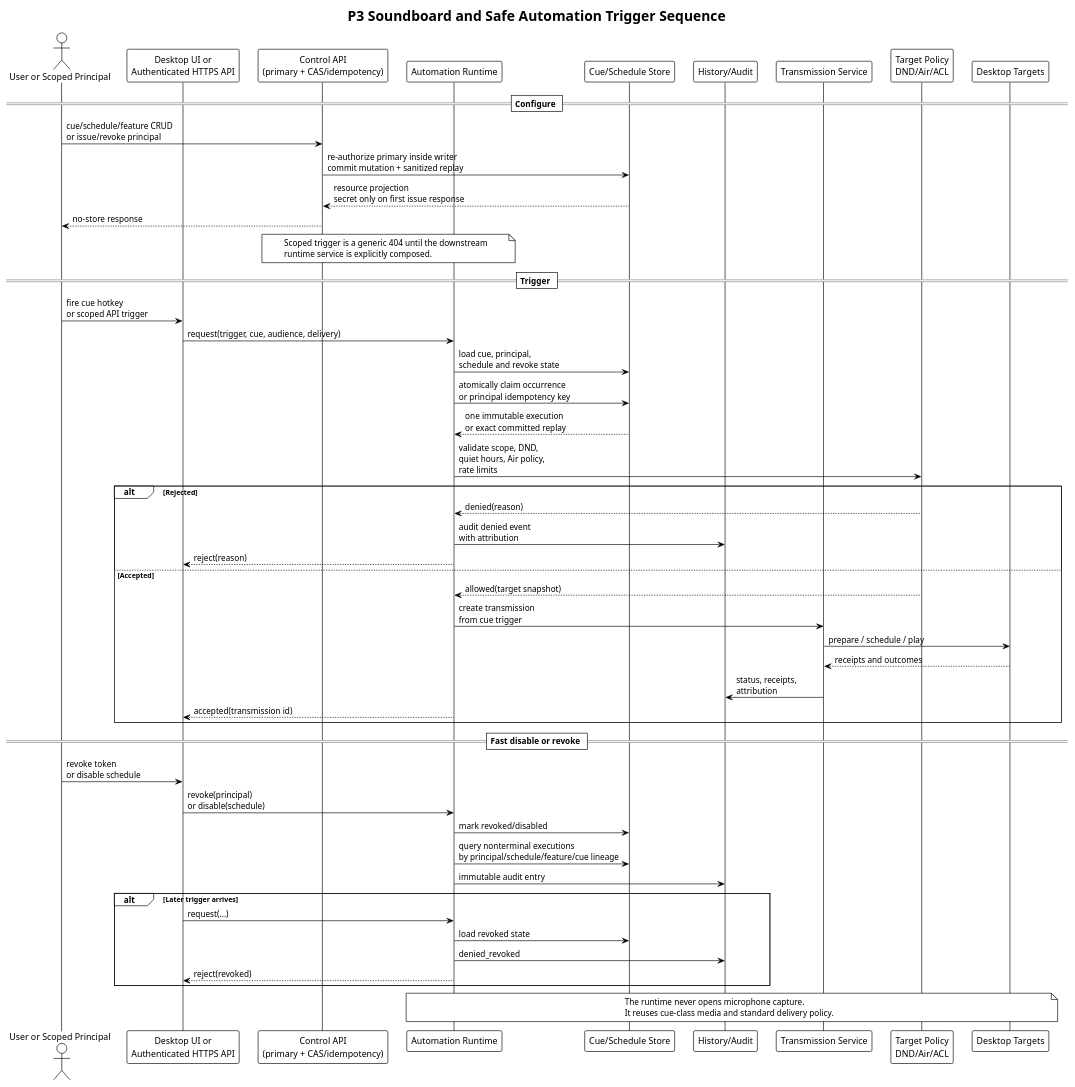
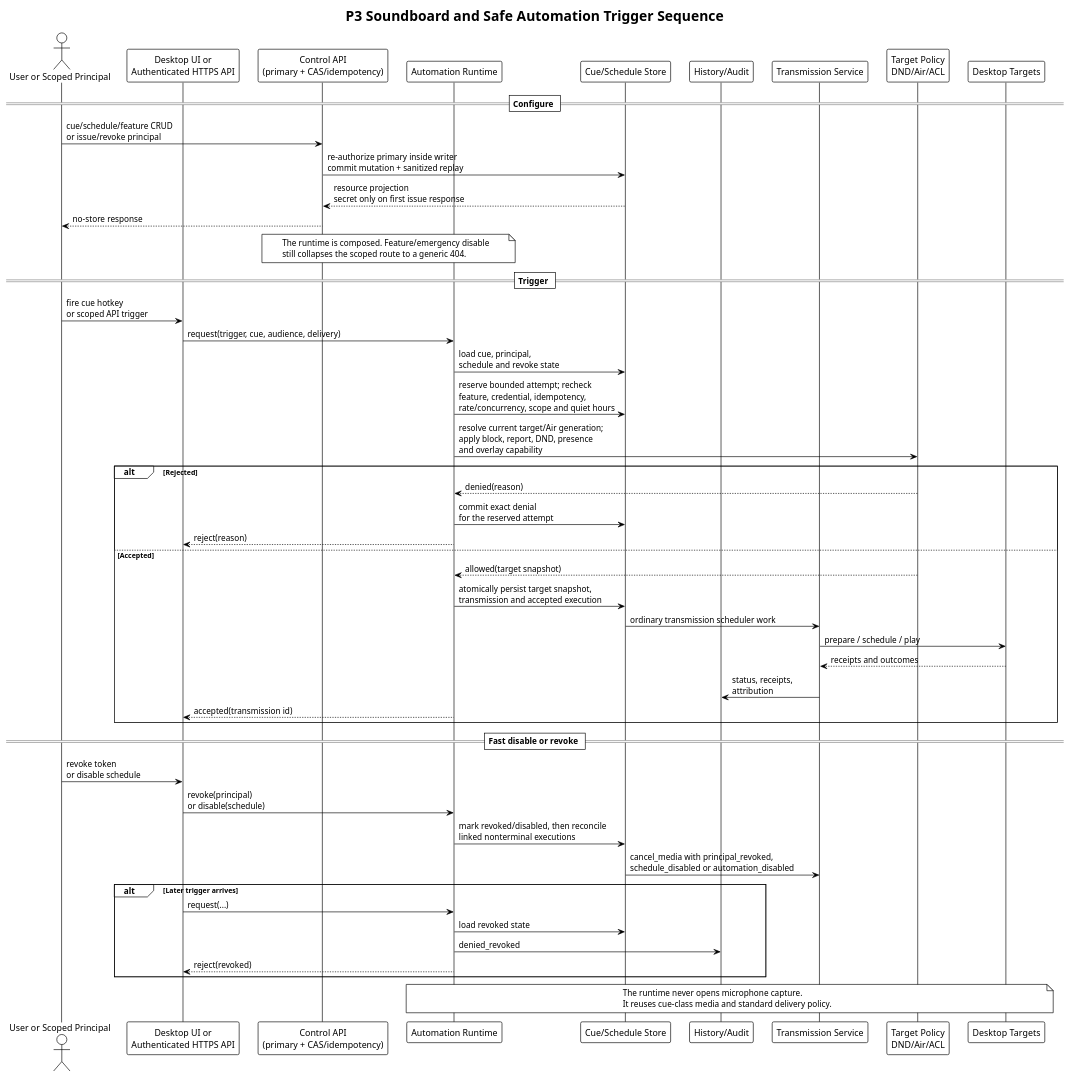
One commit to relux-works/barycenter changed the diagram in docs/diagrams/p3-soundboard-automation-sequence.puml. Above: the diagram before and after it, drawn with PlantUML. The commit also changed 17 other files, not shown here.

Commit message:
feat(automation): add safe bounded runtime

```diff
--- a/docs/diagrams/p3-soundboard-automation-sequence.puml
+++ b/docs/diagrams/p3-soundboard-automation-sequence.puml
@@ -1,67 +1,66 @@
 @startuml
 !theme plain
 
 title P3 Soundboard and Safe Automation Trigger Sequence
 
 actor "User or Scoped Principal" as Actor
 participant "Desktop UI or\nAuthenticated HTTPS API" as Surface
 participant "Control API\n(primary + CAS/idempotency)" as Control
 participant "Automation Runtime" as Runtime
 participant "Cue/Schedule Store" as Store
 participant "History/Audit" as History
 participant "Transmission Service" as Tx
 participant "Target Policy\nDND/Air/ACL" as Policy
 participant "Desktop Targets" as Targets
 
 == Configure ==
 Actor -> Control: cue/schedule/feature CRUD\nor issue/revoke principal
 Control -> Store: re-authorize primary inside writer\ncommit mutation + sanitized replay
 Store --> Control: resource projection\nsecret only on first issue response
 Control --> Actor: no-store response
 
 note over Control,Runtime
-  Scoped trigger is a generic 404 until the downstream
-  runtime service is explicitly composed.
+  The runtime is composed. Feature/emergency disable
+  still collapses the scoped route to a generic 404.
 end note
 
 == Trigger ==
 Actor -> Surface: fire cue hotkey\nor scoped API trigger
 Surface -> Runtime: request(trigger, cue, audience, delivery)
 Runtime -> Store: load cue, principal,\nschedule and revoke state
-Runtime -> Store: atomically claim occurrence\nor principal idempotency key
-Store --> Runtime: one immutable execution\nor exact committed replay
-Runtime -> Policy: validate scope, DND,\nquiet hours, Air policy,\nrate limits
+Runtime -> Store: reserve bounded attempt; recheck\nfeature, credential, idempotency,\nrate/concurrency, scope and quiet hours
+Runtime -> Policy: resolve current target/Air generation;\napply block, report, DND, presence\nand overlay capability
 
 alt Rejected
   Policy --> Runtime: denied(reason)
-  Runtime -> History: audit denied event\nwith attribution
+  Runtime -> Store: commit exact denial\nfor the reserved attempt
   Runtime --> Surface: reject(reason)
 else Accepted
   Policy --> Runtime: allowed(target snapshot)
-  Runtime -> Tx: create transmission\nfrom cue trigger
+  Runtime -> Store: atomically persist target snapshot,\ntransmission and accepted execution
+  Store -> Tx: ordinary transmission scheduler work
   Tx -> Targets: prepare / schedule / play
   Targets --> Tx: receipts and outcomes
   Tx -> History: status, receipts,\nattribution
   Runtime --> Surface: accepted(transmission id)
 end
 
 == Fast disable or revoke ==
 Actor -> Surface: revoke token\nor disable schedule
 Surface -> Runtime: revoke(principal)\nor disable(schedule)
-Runtime -> Store: mark revoked/disabled
-Runtime -> Store: query nonterminal executions\nby principal/schedule/feature/cue lineage
-Runtime -> History: immutable audit entry
+Runtime -> Store: mark revoked/disabled, then reconcile\nlinked nonterminal executions
+Store -> Tx: cancel_media with principal_revoked,\nschedule_disabled or automation_disabled
 
 alt Later trigger arrives
   Surface -> Runtime: request(...)
   Runtime -> Store: load revoked state
   Runtime -> History: denied_revoked
   Runtime --> Surface: reject(revoked)
 end
 
 note over Runtime,Targets
   The runtime never opens microphone capture.
   It reuses cue-class media and standard delivery policy.
 end note
 
 @enduml
```
